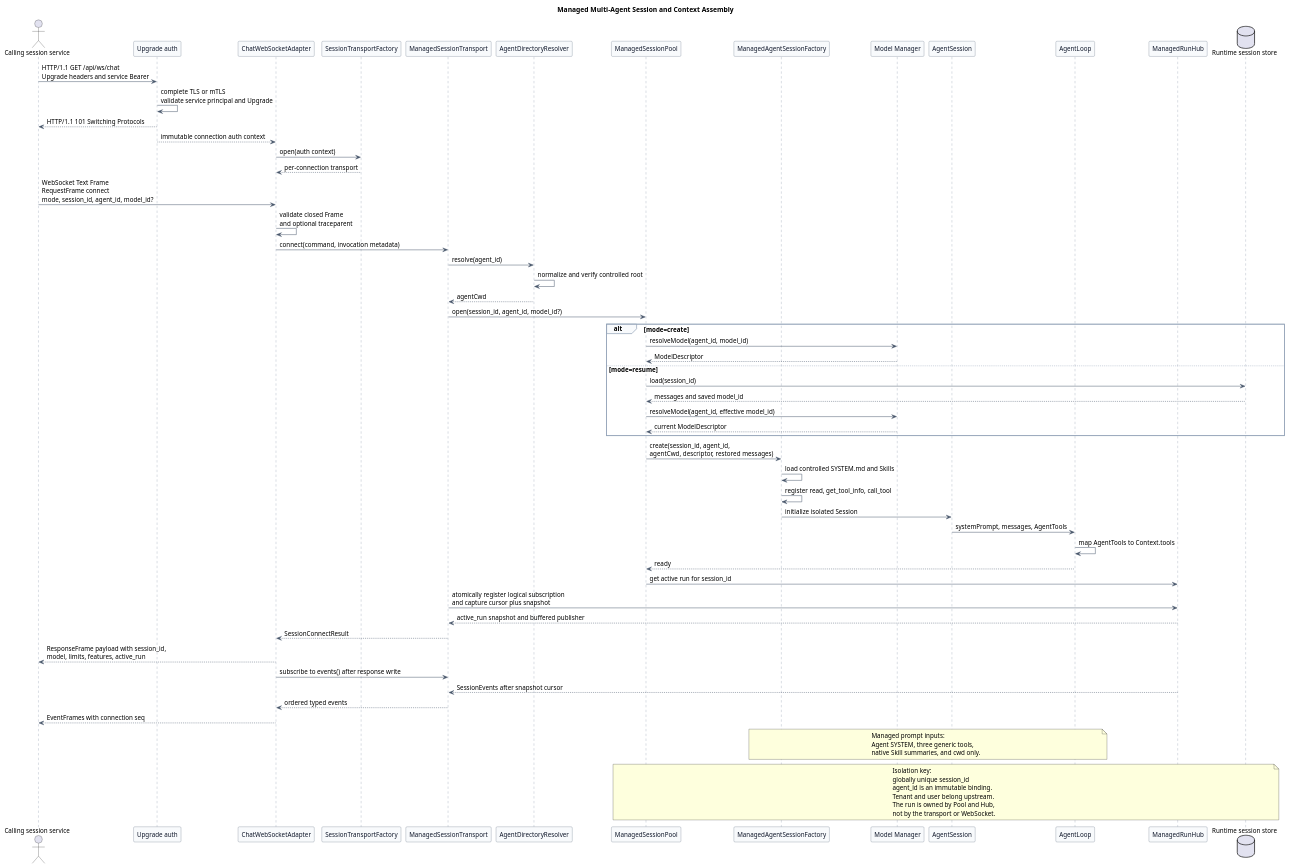
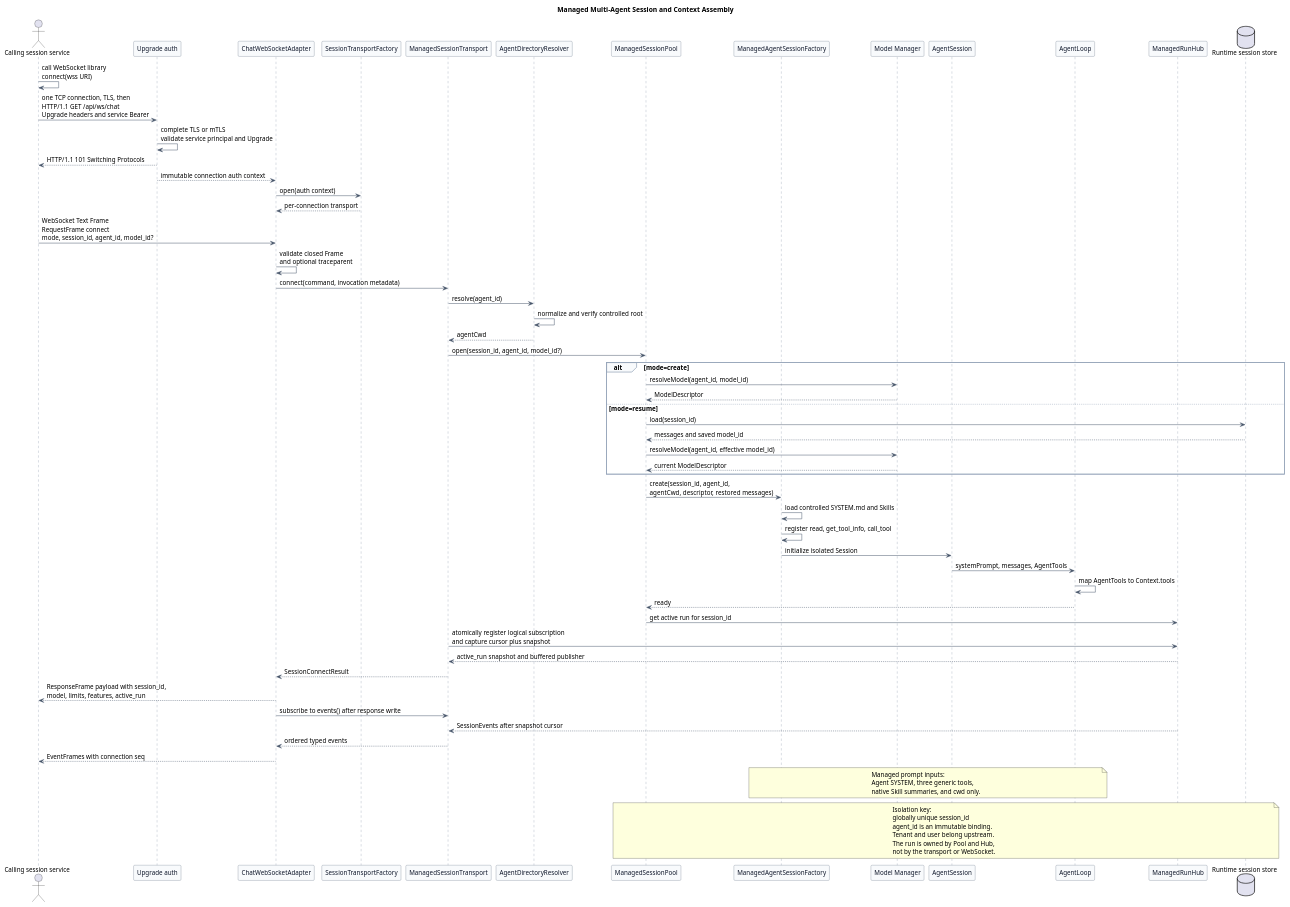
One commit to superheromeZzh/pi-mono-java-design changed the second of 6 diagrams in pi-mono-java-manager-driven-multi-agent-runtime/diagram.puml. Above: the diagram before and after it, drawn with PlantUML. The commit also changed other lines of this file and 12 other files, not shown here.

Commit message:
docs(ws): clarify wss establishment sequence

```diff
--- a/pi-mono-java-manager-driven-multi-agent-runtime/diagram.puml
+++ b/pi-mono-java-manager-driven-multi-agent-runtime/diagram.puml
@@ -77,105 +77,107 @@
 @startuml managed_session_context_assembly
 title Managed Multi-Agent Session and Context Assembly
 
 ' Source evidence:
 ' pi-mono packages/ai/src/types.ts: Context
 ' pi-mono packages/coding-agent/src/core/system-prompt.ts: buildSystemPrompt
 ' pi-mono-java modules/coding-agent-cli/src/main/java/com/campusclaw/codingagent/session/AgentSession.java: initialize
 ' pi-mono-java modules/coding-agent-cli/src/main/java/com/campusclaw/codingagent/mode/server/SessionPool.java: getOrCreate
 ' pi-mono-java modules/coding-agent-cli/src/main/java/com/campusclaw/codingagent/mode/server/ServerMode.java: websocket route
 ' pi-mono-java modules/coding-agent-cli/src/main/java/com/campusclaw/codingagent/mode/server/ChatWebSocketHandler.java: handle
 ' pi-mono-java modules/agent-core/src/main/java/com/campusclaw/agent/loop/AgentLoop.java: invokeModel, toLlmTools
 ' Observed behavior: Java currently reads conversation_id during Upgrade and uses one base cwd.
 ' Java divergence: v2 authenticates Upgrade and maps closed Frames to a server-side SessionTransport.
 ' Architecture change: ManagedSessionTransport owns logical connection state; WebSocket is an adapter.
 ' Target design: globally unique session_id is the only SessionPool key; tenant and user stay upstream.
+' Target design: a wss URI starts establishment; HTTP 101 establishes WebSocket transport.
 ' Target design: HTTP Upgrade and the first connect RequestFrame are separate protocol phases.
 ' Design reason: isolate prompt, model, tool, persistence, and run recovery across Agents.
 
 skinparam backgroundColor #FFFFFF
 skinparam shadowing false
 skinparam defaultFontName Arial
 skinparam defaultFontSize 13
 skinparam participant {
   BackgroundColor #F8FAFC
   BorderColor #475569
   FontColor #0F172A
 }
 skinparam ArrowColor #475569
 skinparam sequence {
   LifeLineBorderColor #64748B
   LifeLineBackgroundColor #F8FAFC
   GroupBorderColor #94A3B8
   GroupBackgroundColor #F8FAFC
 }
 
 actor "Calling session service" as Client
 participant "Upgrade auth" as Auth
 participant "ChatWebSocketAdapter" as WS
 participant "SessionTransportFactory" as TransportFactory
 participant "ManagedSessionTransport" as Transport
 participant "AgentDirectoryResolver" as Resolver
 participant "ManagedSessionPool" as Pool
 participant "ManagedAgentSessionFactory" as Factory
 participant "Model Manager" as ModelManager
 participant "AgentSession" as Session
 participant "AgentLoop" as Loop
 participant "ManagedRunHub" as Hub
 database "Runtime session store" as Store
 
-Client -> Auth : HTTP/1.1 GET /api/ws/chat\nUpgrade headers and service Bearer
+Client -> Client : call WebSocket library\nconnect(wss URI)
+Client -> Auth : one TCP connection, TLS, then\nHTTP/1.1 GET /api/ws/chat\nUpgrade headers and service Bearer
 Auth -> Auth : complete TLS or mTLS\nvalidate service principal and Upgrade
 Auth --> Client : HTTP/1.1 101 Switching Protocols
 Auth --> WS : immutable connection auth context
 WS -> TransportFactory : open(auth context)
 TransportFactory --> WS : per-connection transport
 Client -> WS : WebSocket Text Frame\nRequestFrame connect\nmode, session_id, agent_id, model_id?
 WS -> WS : validate closed Frame\nand optional traceparent
 WS -> Transport : connect(command, invocation metadata)
 Transport -> Resolver : resolve(agent_id)
 Resolver -> Resolver : normalize and verify controlled root
 Resolver --> Transport : agentCwd
 Transport -> Pool : open(session_id, agent_id, model_id?)
 
 alt mode=create
   Pool -> ModelManager : resolveModel(agent_id, model_id)
   ModelManager --> Pool : ModelDescriptor
 else mode=resume
   Pool -> Store : load(session_id)
   Store --> Pool : messages and saved model_id
   Pool -> ModelManager : resolveModel(agent_id, effective model_id)
   ModelManager --> Pool : current ModelDescriptor
 end
 
 Pool -> Factory : create(session_id, agent_id,\nagentCwd, descriptor, restored messages)
 Factory -> Factory : load controlled SYSTEM.md and Skills
 Factory -> Factory : register read, get_tool_info, call_tool
 Factory -> Session : initialize isolated Session
 Session -> Loop : systemPrompt, messages, AgentTools
 Loop -> Loop : map AgentTools to Context.tools
 Loop --> Pool : ready
 Pool -> Hub : get active run for session_id
 Transport -> Hub : atomically register logical subscription\nand capture cursor plus snapshot
 Hub --> Transport : active_run snapshot and buffered publisher
 Transport --> WS : SessionConnectResult
 WS --> Client : ResponseFrame payload with session_id,\nmodel, limits, features, active_run
 WS -> Transport : subscribe to events() after response write
 Hub --> Transport : SessionEvents after snapshot cursor
 Transport --> WS : ordered typed events
 WS --> Client : EventFrames with connection seq
 
 note over Factory,Loop
 Managed prompt inputs:
 Agent SYSTEM, three generic tools,
 native Skill summaries, and cwd only.
 end note
 
 note over Pool,Store
 Isolation key:
 globally unique session_id
 agent_id is an immutable binding.
 Tenant and user belong upstream.
 The run is owned by Pool and Hub,
 not by the transport or WebSocket.
 end note
 @enduml
```
